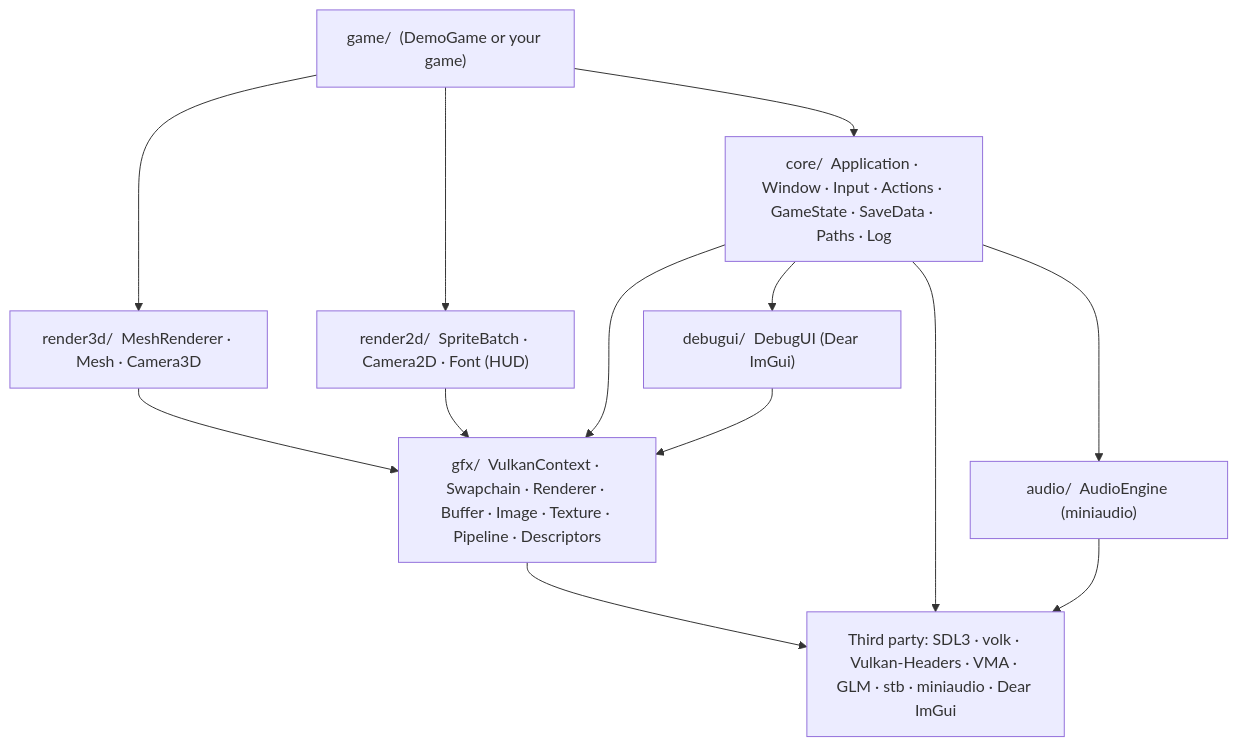
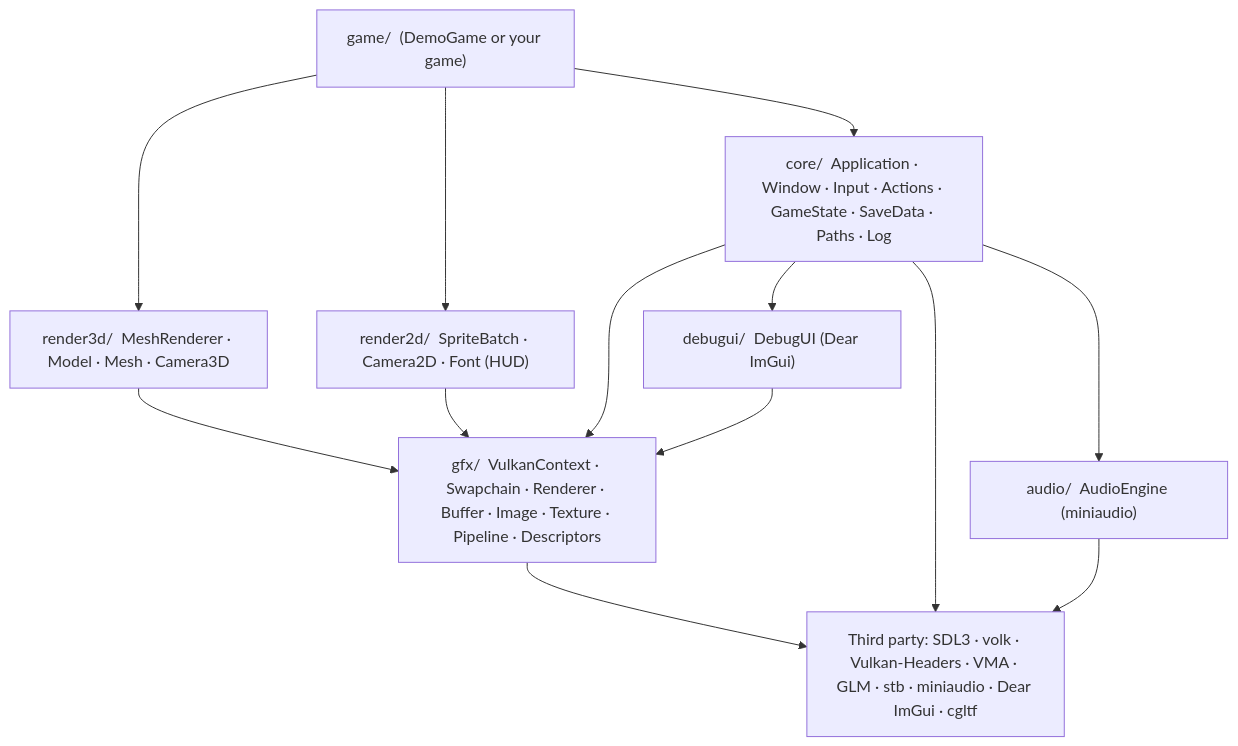
The first of 11 diagrams in docs/ARCHITECTURE.md (Chuck5ta/3DBaseFramework), drawn with Mermaid before and after one commit. The commit also changed other lines of this file and 24 other files, not shown here.

````diff
--- a/docs/ARCHITECTURE.md
+++ b/docs/ARCHITECTURE.md
@@ -33,24 +33,24 @@
 ```mermaid
 flowchart TD
     game["game/  (DemoGame or your game)"]
-    r3d["render3d/  MeshRenderer · Mesh · Camera3D"]
+    r3d["render3d/  MeshRenderer · Model · Mesh · Camera3D"]
     r2d["render2d/  SpriteBatch · Camera2D · Font (HUD)"]
     core["core/  Application · Window · Input · Actions · GameState · SaveData · Paths · Log"]
     aud["audio/  AudioEngine (miniaudio)"]
     dbg["debugui/  DebugUI (Dear ImGui)"]
     gfx["gfx/  VulkanContext · Swapchain · Renderer · Buffer · Image · Texture · Pipeline · Descriptors"]
-    third["Third party: SDL3 · volk · Vulkan-Headers · VMA · GLM · stb · miniaudio · Dear ImGui"]
+    third["Third party: SDL3 · volk · Vulkan-Headers · VMA · GLM · stb · miniaudio · Dear ImGui · cgltf"]
 
     game --> r3d
     game --> r2d
     game --> core
     r3d --> gfx
     r2d --> gfx
     core --> gfx
     core --> aud
     core --> dbg
     dbg --> gfx
     gfx --> third
     core --> third
     aud --> third
 ```
````
